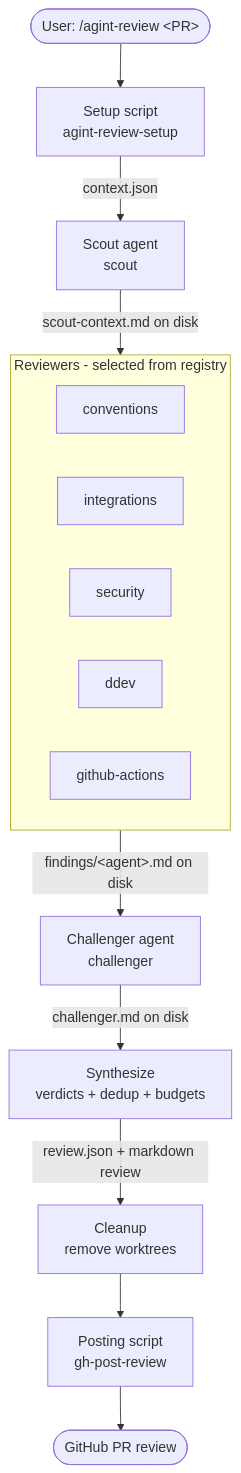
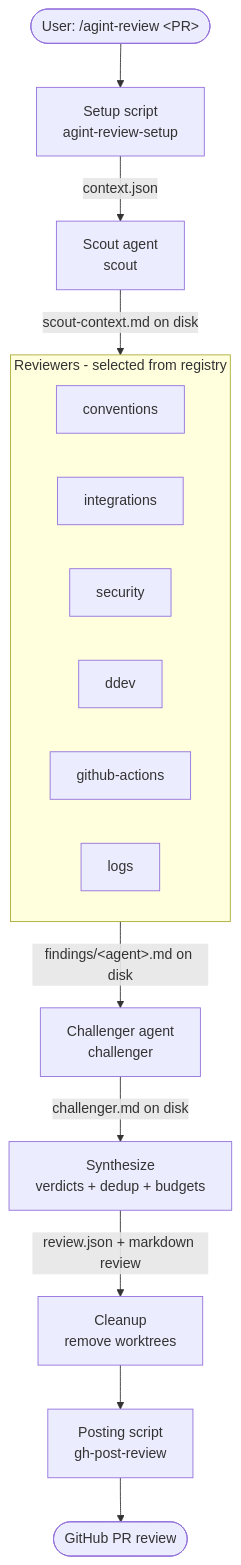
Before and after one commit to DataDog/integrations-core: the diagram in .agents/skills/agint-review/README.md, drawn with Mermaid. The commit also changed other lines of this file and 10 other files, not shown here.

````diff
--- a/.agents/skills/agint-review/README.md
+++ b/.agents/skills/agint-review/README.md
@@ -38,22 +38,23 @@
 ```mermaid
 flowchart TD
     User([User: /agint-review &lt;PR&gt;]) --> Setup[Setup script<br/>agint-review-setup]
     Setup -->|context.json| Scout[Scout agent<br/>scout]
     Scout -->|scout-context.md on disk| Parallel[/Reviewers in parallel/]
 
     subgraph Parallel [Reviewers - selected from registry]
         direction LR
         C[conventions]
         I[integrations]
         Sec[security]
         D[ddev]
         GA[github-actions]
+        L[logs]
     end
 
     Parallel -->|findings/&lt;agent&gt;.md on disk| Challenger[Challenger agent<br/>challenger]
     Challenger -->|challenger.md on disk| Synth[Synthesize<br/>verdicts + dedup + budgets]
     Synth -->|review.json + markdown review| Cleanup[Cleanup<br/>remove worktrees]
     Cleanup --> Post[Posting script<br/>gh-post-review]
 
     Post --> GH([GitHub PR review])
 ```
````
